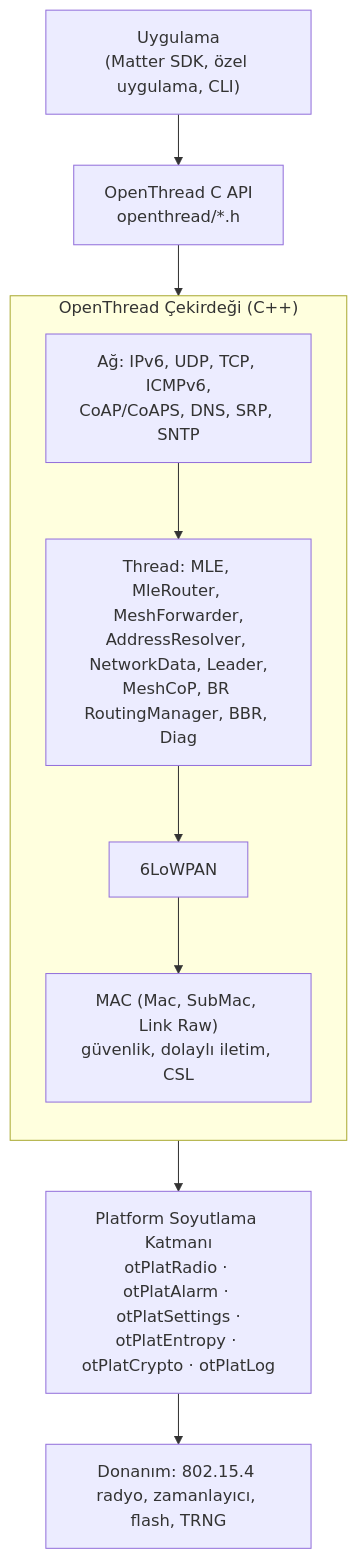
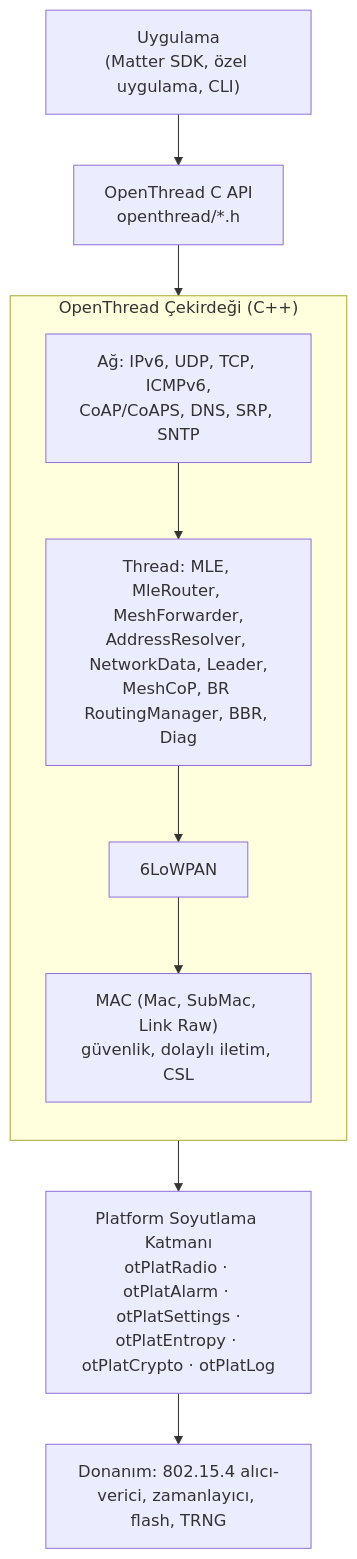
One commit to Berkancelik/thread-architecture changed the diagram in bolumler/24-openthread.md. Above: the diagram before and after it, drawn with Mermaid. The commit also changed other lines of this file and 31 other files, not shown here.

````diff
--- a/bolumler/24-openthread.md
+++ b/bolumler/24-openthread.md
@@ -14,17 +14,17 @@
 ```mermaid
 flowchart TB
     APP["Uygulama<br/>(Matter SDK, özel uygulama, CLI)"]
     API["OpenThread C API<br/>openthread/*.h"]
     subgraph CORE["OpenThread Çekirdeği (C++)"]
         direction TB
         NET["Ağ: IPv6, UDP, TCP, ICMPv6,<br/>CoAP/CoAPS, DNS, SRP, SNTP"]
         THR["Thread: MLE, MleRouter, MeshForwarder,<br/>AddressResolver, NetworkData, Leader,<br/>MeshCoP, BR RoutingManager, BBR, Diag"]
         LOWP["6LoWPAN"]
         MAC["MAC (Mac, SubMac, Link Raw)<br/>güvenlik, dolaylı iletim, CSL"]
     end
     PLAT["Platform Soyutlama Katmanı<br/>otPlatRadio · otPlatAlarm · otPlatSettings ·<br/>otPlatEntropy · otPlatCrypto · otPlatLog"]
-    HW["Donanım: 802.15.4 radyo, zamanlayıcı, flash, TRNG"]
+    HW["Donanım: 802.15.4 alıcı-verici, zamanlayıcı, flash, TRNG"]
     APP --> API --> CORE
     NET --> THR --> LOWP --> MAC
     CORE --> PLAT --> HW
 ```
````
